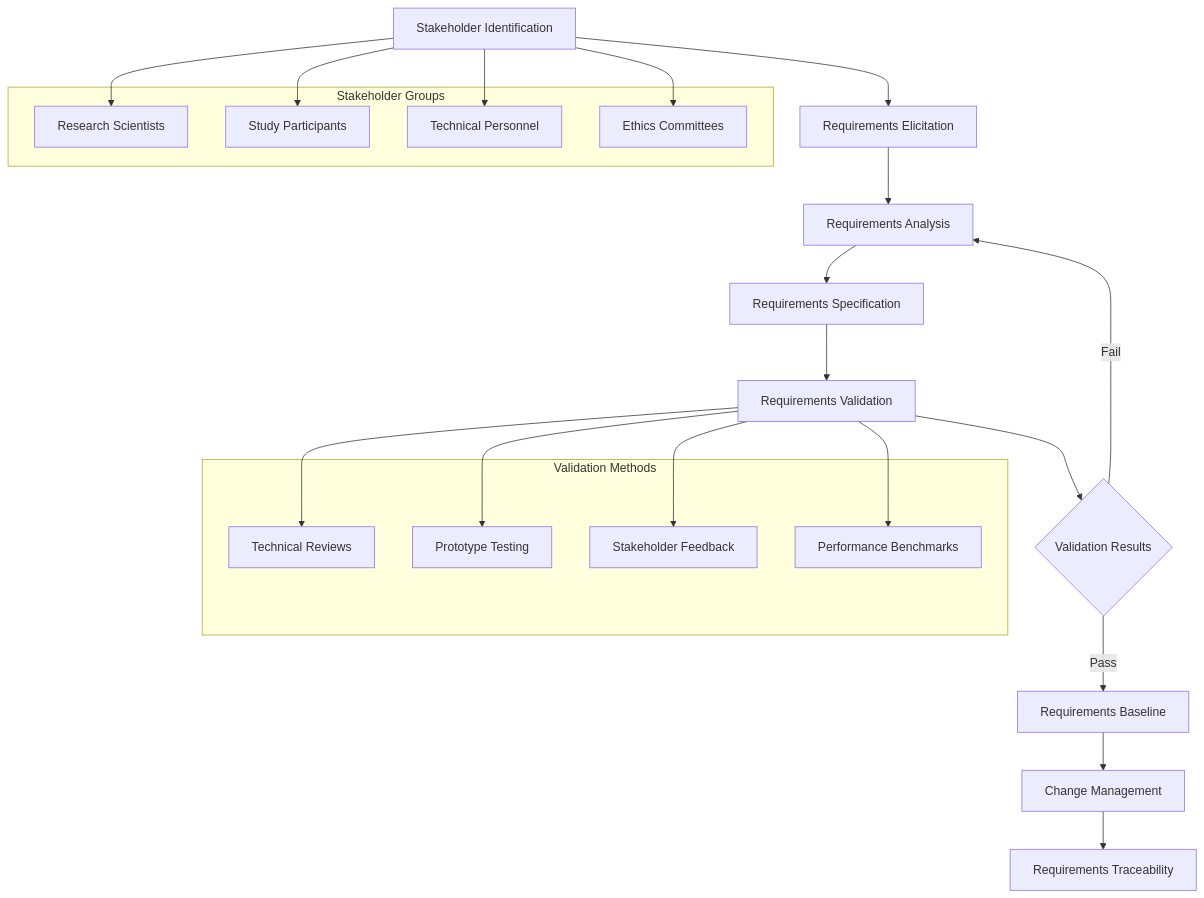
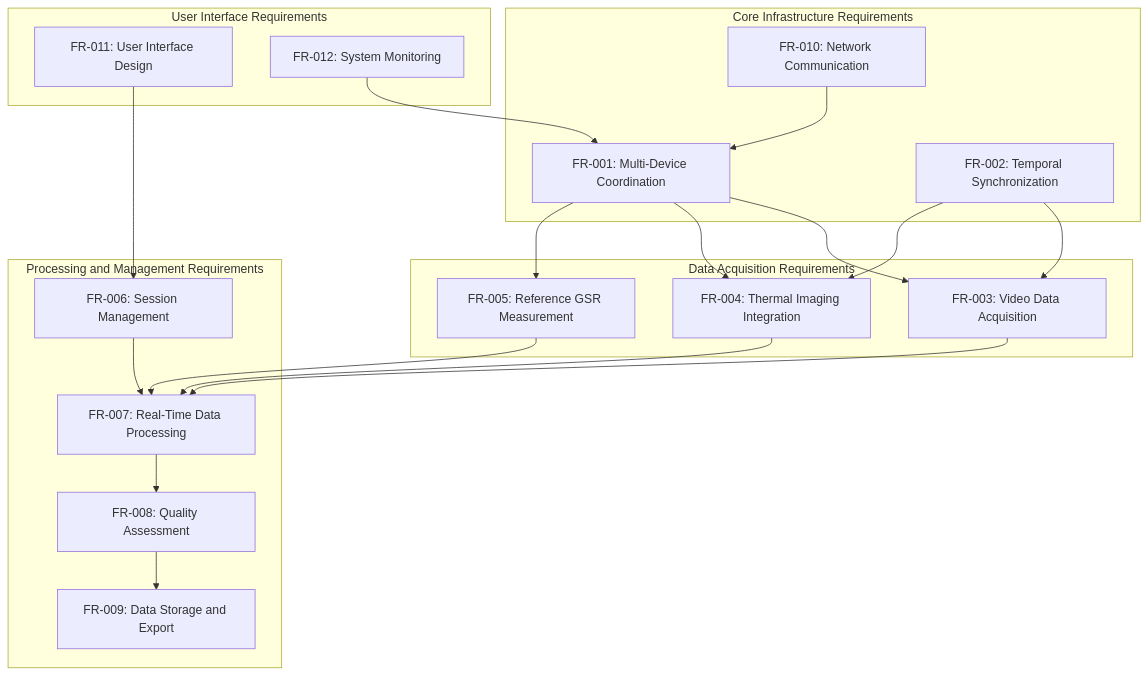
Before and after one commit to buccancs/fyp-multi-sensor-recording-system: the third of 4 diagrams in docs/thesis_report/Chapter_3_Requirements_and_Analysis.md, drawn with Mermaid. The commit also changed other lines of this file, not shown here.

Commit message:
Restructure Chapter 3 to match problem statement requirements outline

````diff
--- a/docs/thesis_report/Chapter_3_Requirements_and_Analysis.md
+++ b/docs/thesis_report/Chapter_3_Requirements_and_Analysis.md
@@ -202,36 +313,41 @@
 ```mermaid
-flowchart TD
-    A[Stakeholder Identification] --> B[Requirements Elicitation]
-    B --> C[Requirements Analysis]
-    C --> D[Requirements Specification]
-    D --> E[Requirements Validation]
-    E --> F{Validation Results}
-    F -->|Pass| G[Requirements Baseline]
-    F -->|Fail| C
-    G --> H[Change Management]
-    H --> I[Requirements Traceability]
-    
-    subgraph "Stakeholder Groups"
-        S1[Research Scientists]
-        S2[Study Participants]
-        S3[Technical Personnel]
-        S4[Ethics Committees]
+graph TB
+    subgraph "Core Infrastructure Requirements"
+        FR001[FR-001: Multi-Device Coordination]
+        FR002[FR-002: Temporal Synchronization]
+        FR010[FR-010: Network Communication]
     end
     
-    subgraph "Validation Methods"
-        V1[Technical Reviews]
-        V2[Prototype Testing]
-        V3[Stakeholder Feedback]
-        V4[Performance Benchmarks]
+    subgraph "Data Acquisition Requirements"
+        FR003[FR-003: Video Data Acquisition]
+        FR004[FR-004: Thermal Imaging Integration]
+        FR005[FR-005: Reference GSR Measurement]
     end
     
-    A --> S1
-    A --> S2
-    A --> S3
-    A --> S4
+    subgraph "Processing and Management Requirements"
+        FR006[FR-006: Session Management]
+        FR007[FR-007: Real-Time Data Processing]
+        FR008[FR-008: Quality Assessment]
+        FR009[FR-009: Data Storage and Export]
+    end
     
-    E --> V1
-    E --> V2
-    E --> V3
-    E --> V4
+    subgraph "User Interface Requirements"
+        FR011[FR-011: User Interface Design]
+        FR012[FR-012: System Monitoring]
+    end
+    
+    FR001 --> FR003
+    FR001 --> FR004
+    FR001 --> FR005
+    FR002 --> FR003
+    FR002 --> FR004
+    FR010 --> FR001
+    FR003 --> FR007
+    FR004 --> FR007
+    FR005 --> FR007
+    FR006 --> FR007
+    FR007 --> FR008
+    FR008 --> FR009
+    FR011 --> FR006
+    FR012 --> FR001
 ```
````
